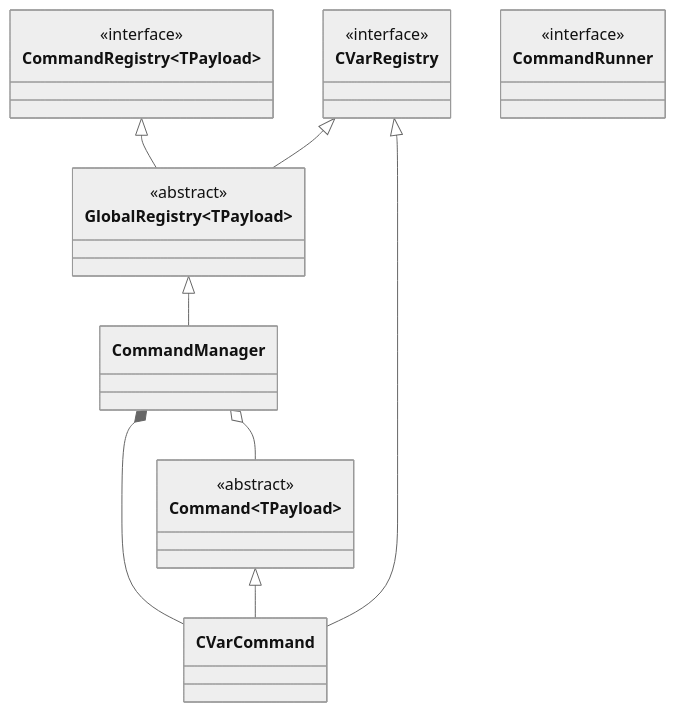
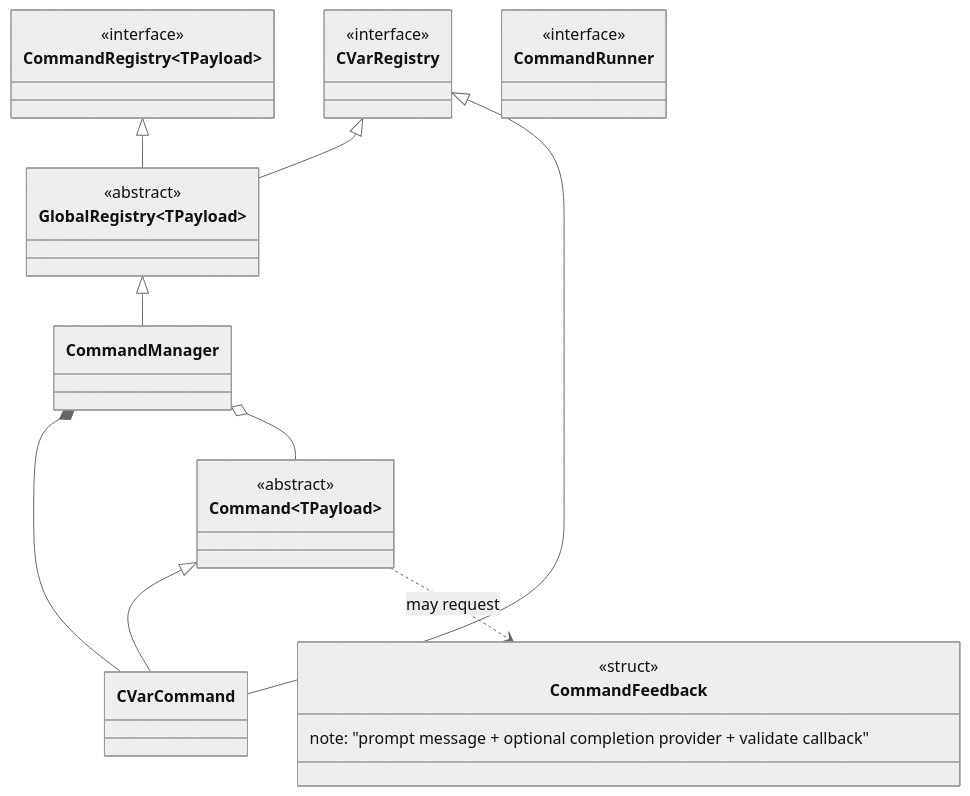
One commit to notnotme/bbloc changed the first of 10 diagrams in docs/class_diagram.md. Above: the diagram before and after it, drawn with Mermaid (neutral theme). The commit also changed other lines of this file and 20 other files, not shown here.

````diff
--- a/docs/class_diagram.md
+++ b/docs/class_diagram.md
@@ -7,28 +7,33 @@
 ```mermaid
 classDiagram
     class Command~TPayload~ {
         <<abstract>>
     }
     class CommandRegistry~TPayload~ {
         <<interface>>
     }
     class CVarRegistry {
         <<interface>>
     }
     class GlobalRegistry~TPayload~ {
         <<abstract>>
     }
     class CommandRunner {
         <<interface>>
     }
     class CommandManager
     class CVarCommand
+    class CommandFeedback {
+        <<struct>>
+        note: "prompt message + optional completion provider + validate callback"
+    }
 
     CommandRegistry~TPayload~ <|-- GlobalRegistry~TPayload~
     CVarRegistry <|-- GlobalRegistry~TPayload~
     GlobalRegistry~TPayload~ <|-- CommandManager
     Command~TPayload~ <|-- CVarCommand
     CVarRegistry <|-- CVarCommand
     CommandManager *-- CVarCommand
     CommandManager o-- Command~TPayload~
+    Command~TPayload~ ..> CommandFeedback : may request
 ```
````
